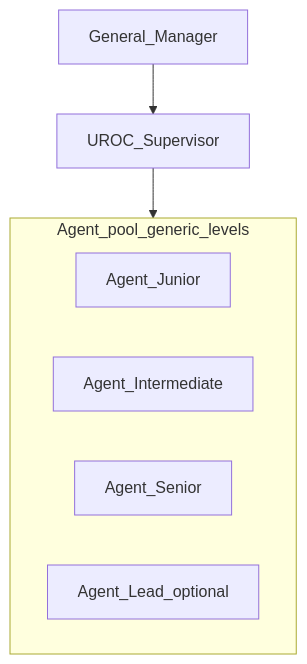
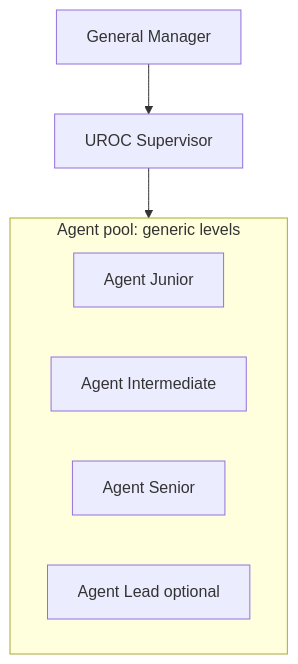
The diagram in docs/org/org-chart.md (r-gismondi/marine-technologies-roc), drawn with Mermaid before and after one commit. The commit also changed 7 other files, not shown here.

````diff
--- a/docs/org/org-chart.md
+++ b/docs/org/org-chart.md
@@ -11,13 +11,13 @@
 ```mermaid
 flowchart TB
-  GM[General_Manager]
-  SUP[UROC_Supervisor]
+  GM[General Manager]
+  SUP[UROC Supervisor]
   GM --> SUP
-  subgraph agents [Agent_pool_generic_levels]
-    AJ[Agent_Junior]
-    AI[Agent_Intermediate]
-    AS[Agent_Senior]
-    AL[Agent_Lead_optional]
+  subgraph agents [Agent pool: generic levels]
+    AJ[Agent Junior]
+    AI[Agent Intermediate]
+    AS[Agent Senior]
+    AL[Agent Lead optional]
   end
   SUP --> agents
 ```
````
